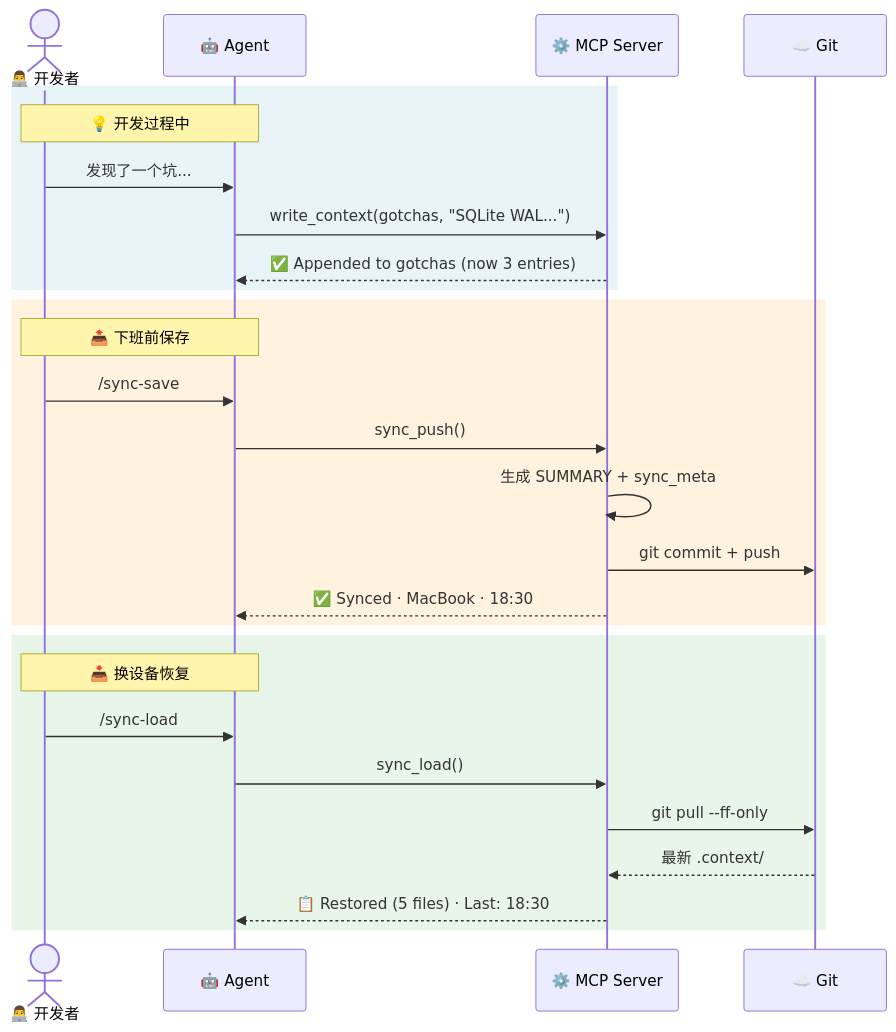
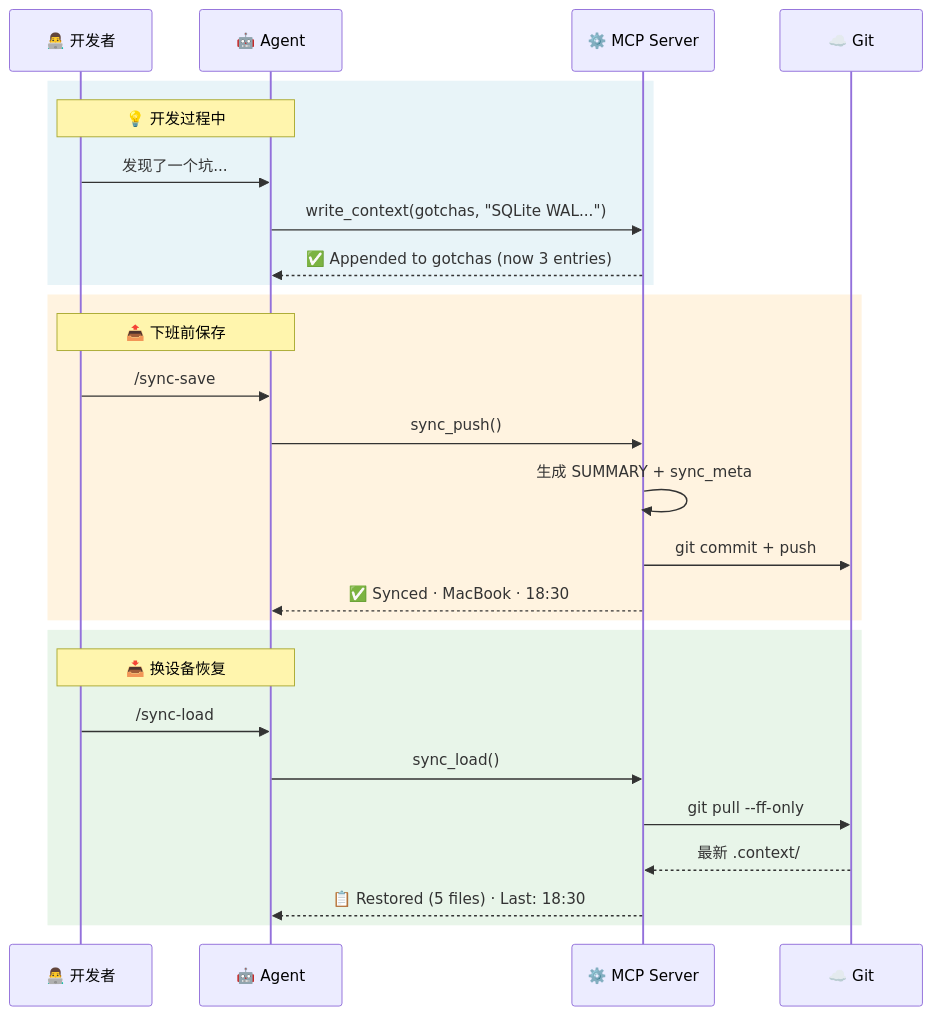
The second of 2 diagrams in README.md (1EchA/context-sync-mcp), drawn with Mermaid before and after one commit. The commit also changed other lines of this file, not shown here.

Commit message:
style: use Codex/Claude Code in diagram, remove stick figure actor

````diff
--- a/README.md
+++ b/README.md
@@ -95,32 +95,32 @@
 ```mermaid
 sequenceDiagram
-    actor Dev as 👨‍💻 开发者
+    participant Dev as 👨‍💻 开发者
     participant A as 🤖 Agent
     participant M as ⚙️ MCP Server
     participant G as ☁️ Git
 
     rect rgb(232, 244, 248)
         Note over Dev,A: 💡 开发过程中
         Dev ->> A: 发现了一个坑...
         A ->> M: write_context(gotchas, "SQLite WAL...")
         M -->> A: ✅ Appended to gotchas (now 3 entries)
     end
 
     rect rgb(255, 243, 224)
         Note over Dev,A: 📤 下班前保存
         Dev ->> A: /sync-save
         A ->> M: sync_push()
         M ->> M: 生成 SUMMARY + sync_meta
         M ->> G: git commit + push
         M -->> A: ✅ Synced · MacBook · 18:30
     end
 
     rect rgb(232, 245, 233)
         Note over Dev,A: 📥 换设备恢复
         Dev ->> A: /sync-load
         A ->> M: sync_load()
         M ->> G: git pull --ff-only
         G -->> M: 最新 .context/
         M -->> A: 📋 Restored (5 files) · Last: 18:30
     end
 ```
````
